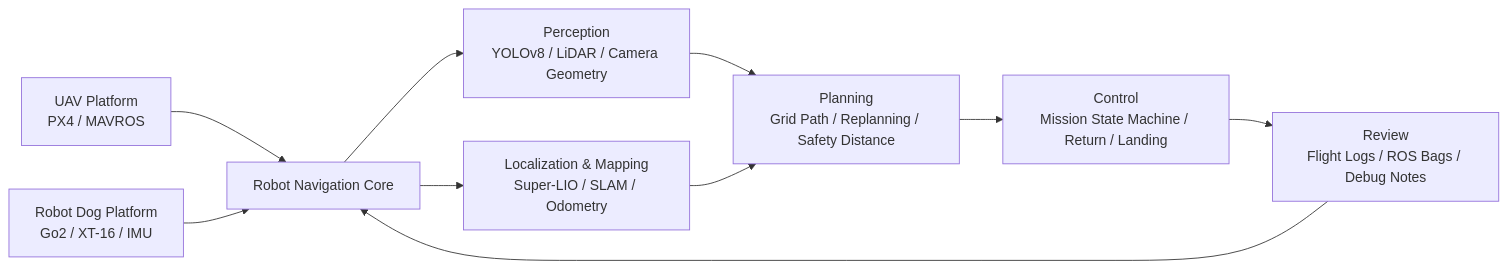
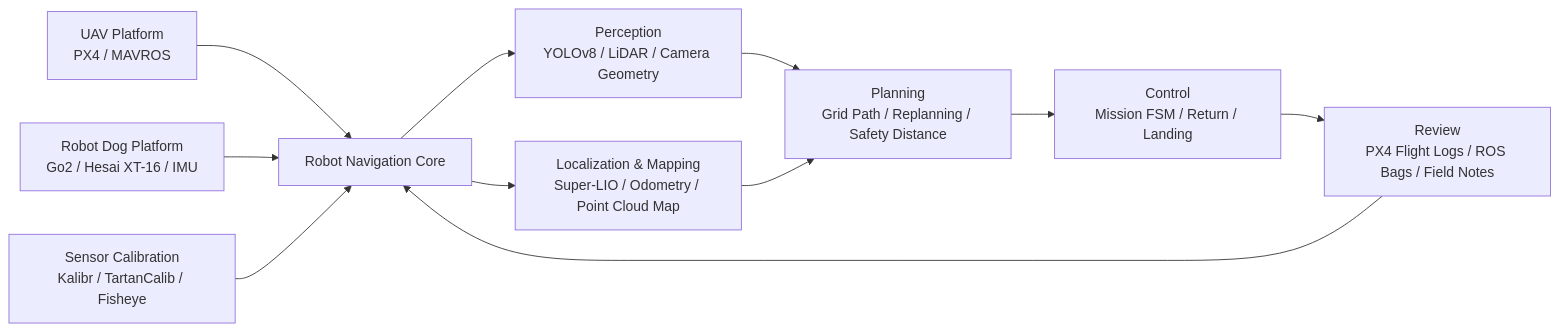
Before and after one commit to u5-4/u5-4: the diagram in README.md, drawn with Mermaid. The commit also changed other lines of this file, not shown here.

````diff
--- a/README.md
+++ b/README.md
@@ -93,12 +133,13 @@
 ```mermaid
 flowchart LR
     A["UAV Platform<br/>PX4 / MAVROS"] --> C["Robot Navigation Core"]
-    B["Robot Dog Platform<br/>Go2 / XT-16 / IMU"] --> C
-    C --> D["Perception<br/>YOLOv8 / LiDAR / Camera Geometry"]
-    C --> E["Localization & Mapping<br/>Super-LIO / SLAM / Odometry"]
-    D --> F["Planning<br/>Grid Path / Replanning / Safety Distance"]
-    E --> F
-    F --> G["Control<br/>Mission State Machine / Return / Landing"]
-    G --> H["Review<br/>Flight Logs / ROS Bags / Debug Notes"]
-    H --> C
+    B["Robot Dog Platform<br/>Go2 / Hesai XT-16 / IMU"] --> C
+    D["Sensor Calibration<br/>Kalibr / TartanCalib / Fisheye"] --> C
+    C --> E["Perception<br/>YOLOv8 / LiDAR / Camera Geometry"]
+    C --> F["Localization & Mapping<br/>Super-LIO / Odometry / Point Cloud Map"]
+    E --> G["Planning<br/>Grid Path / Replanning / Safety Distance"]
+    F --> G
+    G --> H["Control<br/>Mission FSM / Return / Landing"]
+    H --> I["Review<br/>PX4 Flight Logs / ROS Bags / Field Notes"]
+    I --> C
 ```
````
